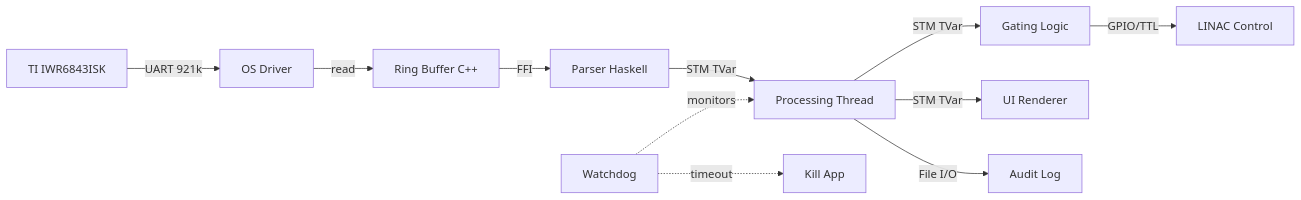
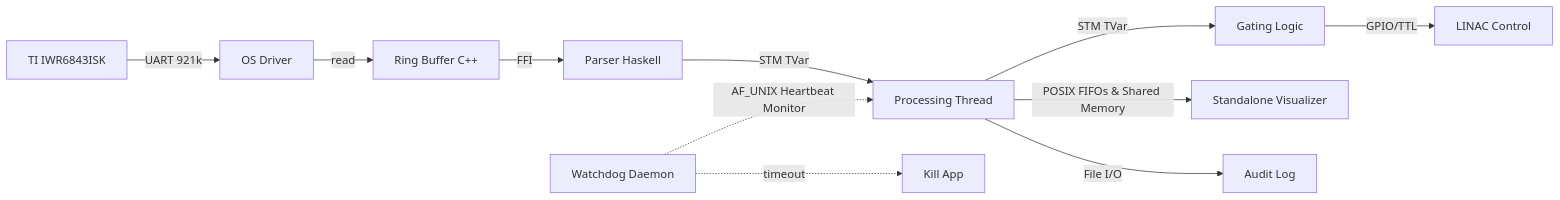
Before and after one commit to fderuiter/lambda-wave: the second of 2 diagrams in docs/PURPOSE_AND_ARCHITECTURE.md, drawn with Mermaid. The commit also changed other lines of this file and 7 other files, not shown here.

````diff
--- a/docs/PURPOSE_AND_ARCHITECTURE.md
+++ b/docs/PURPOSE_AND_ARCHITECTURE.md
@@ -411,13 +411,13 @@
 ```mermaid
 graph LR
     A[TI IWR6843ISK] -->|UART 921k| B[OS Driver]
     B -->|read| C[Ring Buffer C++]
     C -->|FFI| D[Parser Haskell]
     D -->|STM TVar| E[Processing Thread]
     E -->|STM TVar| F[Gating Logic]
-    E -->|STM TVar| G[UI Renderer]
+    E -->|POSIX FIFOs & Shared Memory| G[Standalone Visualizer]
     F -->|GPIO/TTL| H[LINAC Control]
     E -->|File I/O| I[Audit Log]
-    J[Watchdog] -.->|monitors| E
+    J[Watchdog Daemon] -.->|AF_UNIX Heartbeat Monitor| E
     J -.->|timeout| K[Kill App]
 ```
````
